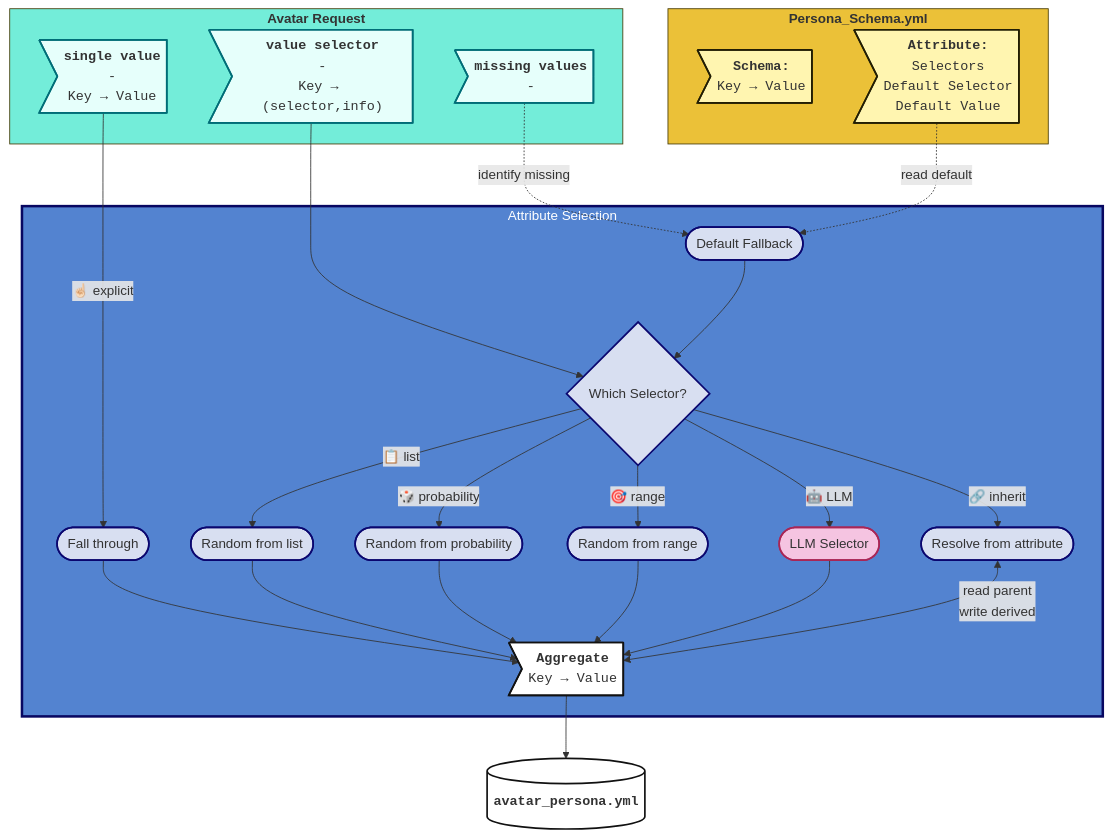
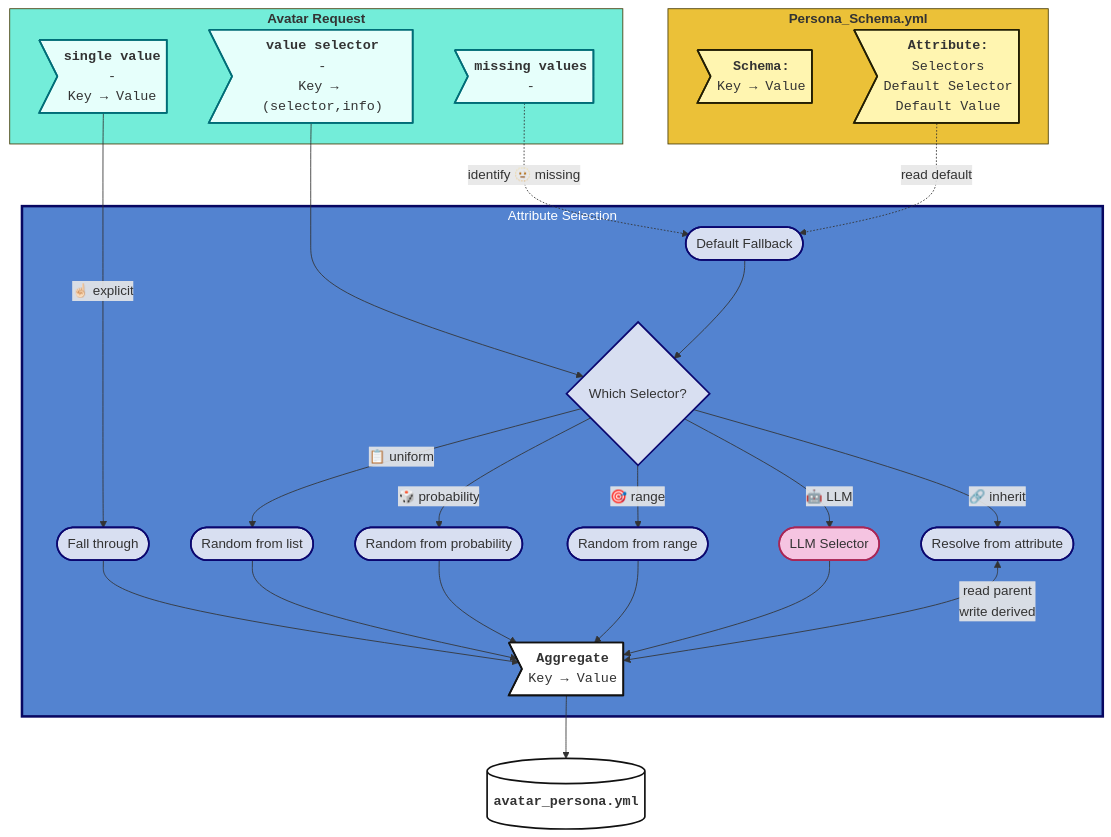
The second of 3 diagrams in docs/software/avatar_pipeline.md (E-Brons/avatar-studio), drawn with Mermaid before and after one commit. The commit also changed other lines of this file and 37 other files, not shown here.

````diff
--- a/docs/software/avatar_pipeline.md
+++ b/docs/software/avatar_pipeline.md
@@ -131,42 +114,41 @@
 ```mermaid
 flowchart TD
     subgraph request ["<b>Avatar Request</b>"]
         style request fill:#73EDD9,color:#333,stroke:#463A05
         PROP_1_VALUE>"<b>single value</b><br/>-<br/>Key → Value"]:::kv
         PROP_SELECTOR>"<b>value selector</b><br/>-<br/>Key → (selector,info)"]:::kv
         PROP_MISSING>"<b>missing values</b><br/>-"]:::kv
     end
 
     subgraph schema ["<b>Persona_Schema.yml</b>"]
         style schema fill:#EBC138,color:#333,stroke:#463A05
         SCHEMA>"<b>Schema:</b><br/>Key → Value"]:::cnst
         ATTRIBUTE_DEFAULT>"<b>Attribute:</b><br/>Selectors<br/>Default Selector<br/>Default Value"]:::cnst
     end
 
     subgraph attr["Attribute Selection"]
         style attr fill:#5383D0,color:#fff,stroke:#080761,stroke-width:3px
         AGGREGATE>"<b>Aggregate</b><br/>Key → Value"]:::inter
         %% pass through - single value
         PROP_1_VALUE --> |☝🏻 explicit| FALTHROUGH(["Fall through"]):::op--> AGGREGATE
 
         %% prop-selector - selecting using random / LLM
         PROP_SELECTOR --> WHICH_SELECTOR{"Which Selector?"}:::op
-        WHICH_SELECTOR -->|📋 list| RAND_FROM_LIST(["Random from list"]):::op --> AGGREGATE
+        WHICH_SELECTOR -->|📋 uniform| RAND_FROM_LIST(["Random from list"]):::op --> AGGREGATE
         WHICH_SELECTOR -->|🎲 probability| RAND_FROM_PROB(["Random from probability"]):::op --> AGGREGATE
         WHICH_SELECTOR -->|🎯 range| RAND_FROM_RANG(["Random from range"]):::op --> AGGREGATE
         WHICH_SELECTOR -->|🤖 LLM| LLM_SELECTOR(["LLM Selector"]):::llm --> AGGREGATE
         WHICH_SELECTOR -->|🔗 inherit| ATTR_DEPENDANT(["Resolve from attribute"]):::op <--> |read parent<br/> write derived| AGGREGATE
 
         %% missing attributes - fallback according to schema defaults
         ATTRIBUTE_DEFAULT .-> |read default| DFLT_FALLBACK(["Default Fallback"]):::op
-        PROP_MISSING .-> |identify missing| DFLT_FALLBACK --> WHICH_SELECTOR
+        PROP_MISSING .-> |identify 🫥 missing| DFLT_FALLBACK --> WHICH_SELECTOR
     end
 
     AGGREGATE --> PERSONA[("<b>avatar_persona.yml</b>")]:::inter
     classDef kv fill:#e6fffb,stroke:#006d77,stroke-width:2px,font-family:monospace;
     classDef inter fill:#FFF,color:#333,stroke:#111,stroke-width:2px,stroke-width:2px,font-family:monospace;
     classDef cnst fill:#FFF5B0,color:#333,stroke:#221E04,stroke-width:2px,font-family:monospace;
     classDef op fill:#D8DFF1,stroke:#0A066F,stroke-width:2px;
     classDef llm fill:#F5C4E1,stroke:#A92656,stroke-width:2px;
-
 ```
````
